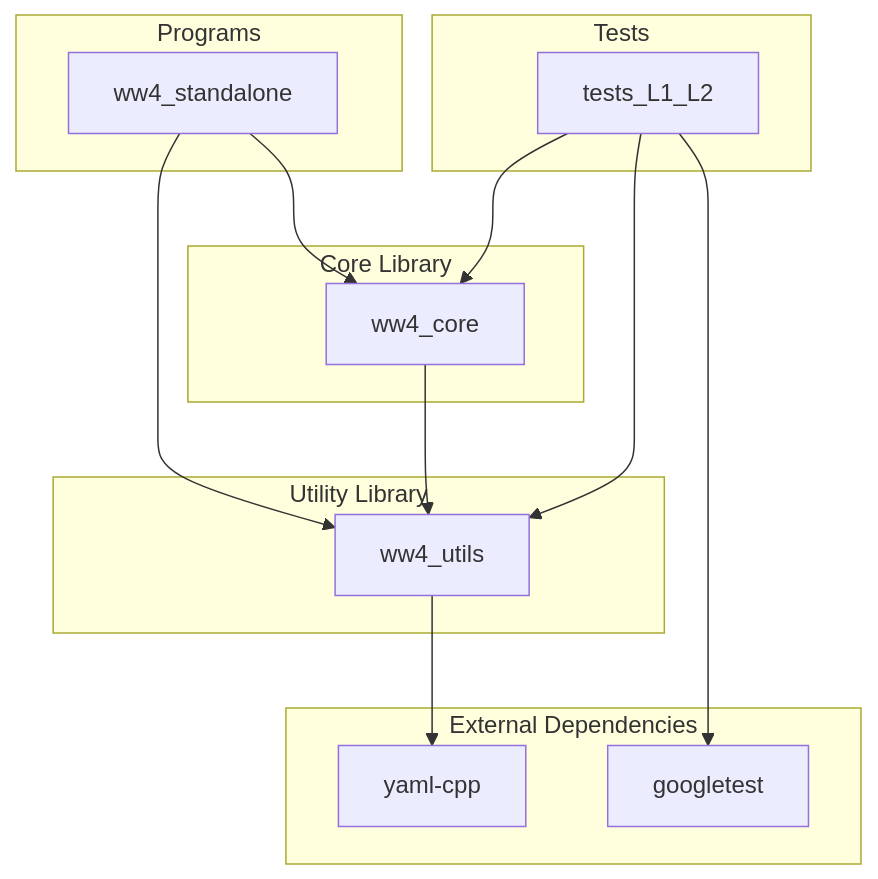
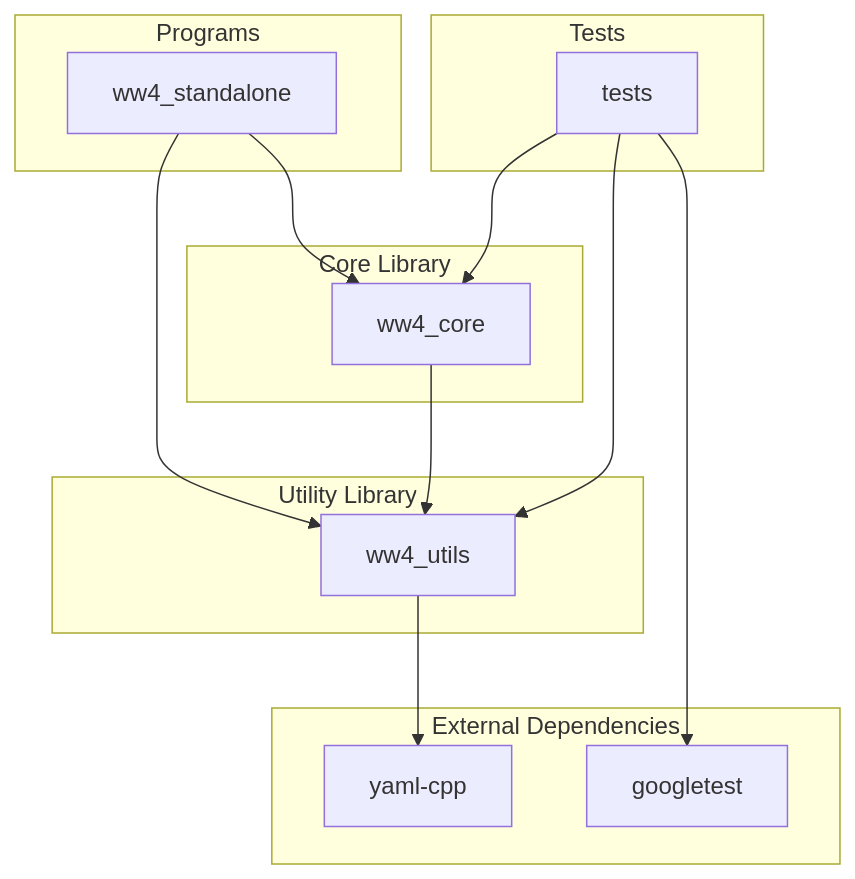
One commit to HendrikTolman-NOAA/WW4_HLT changed the first of 2 diagrams in ARCHITECTURE.md. Above: the diagram before and after it, drawn with Mermaid. The commit also changed 25 other files, not shown here.

````diff
--- a/ARCHITECTURE.md
+++ b/ARCHITECTURE.md
@@ -7,33 +7,33 @@
 ```mermaid
 graph TD
     subgraph "Programs"
         SA[ww4_standalone]
     end
 
     subgraph "Core Library"
         CORE[ww4_core]
     end
 
     subgraph "Utility Library"
         UTILS[ww4_utils]
     end
 
     subgraph "Tests"
-        L1L2[tests_L1_L2]
+        L1L2[tests]
     end
 
     subgraph "External Dependencies"
         YAML[yaml-cpp]
         GTEST[googletest]
     end
 
     SA --> CORE
     SA --> UTILS
     CORE --> UTILS
 
     L1L2 --> CORE
     L1L2 --> UTILS
     L1L2 --> GTEST
 
     UTILS --> YAML
 ```
````
